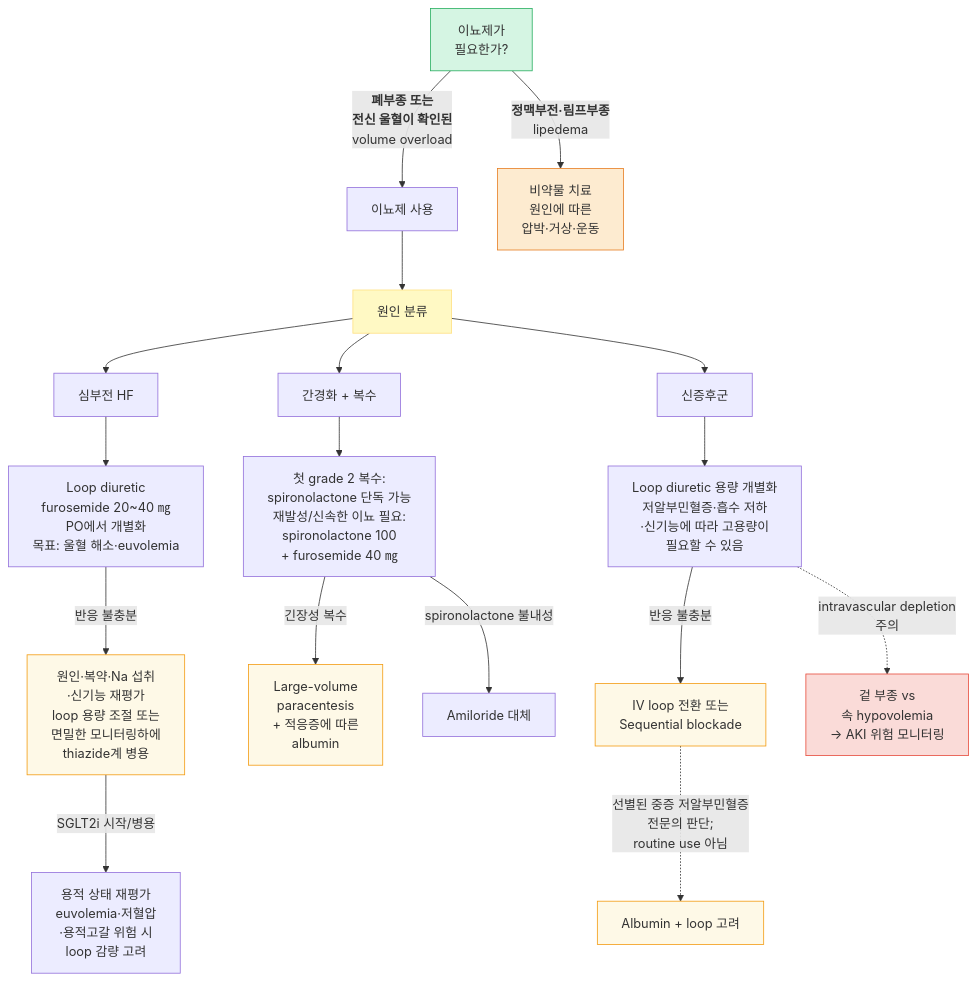
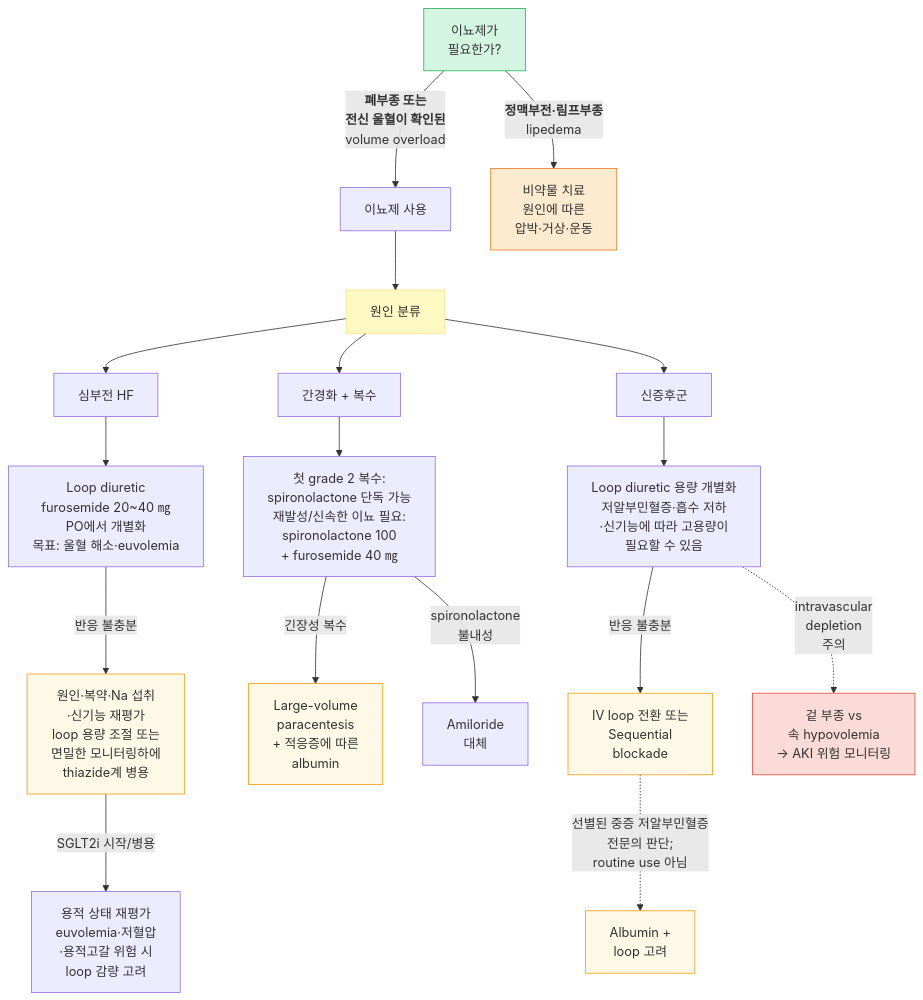
The fourth of 4 diagrams in 220_/012_-edema.md (familyoh77/familyoh77), drawn with Mermaid before and after one commit. The commit also changed other lines of this file, not shown here.

````diff
--- a/220_/012_-edema.md
+++ b/220_/012_-edema.md
@@ -325,28 +327,28 @@
 ```mermaid
 graph TD
     A["이뇨제가<br/>필요한가?"]
     A -- "<b>폐부종 또는 <br/>전신 울혈이 확인된</b><br/>volume overload" --> B["이뇨제 사용"]
     A -- "<b>정맥부전·림프부종</b><br/>lipedema" --> Z["비약물 치료<br/>원인에 따른 <br/>압박·거상·운동"]
     B --> C["원인 분류"]
     C --> HF["심부전 HF"]
     C --> CI["간경화 + 복수"]
     C --> NS["신증후군"]
     HF --> HF1["Loop diuretic<br/>furosemide 20~40 ㎎ <br/>PO에서 개별화<br/>목표: 울혈 해소·euvolemia"]
     HF1 -- "반응 불충분" --> HF2["원인·복약·Na 섭취<br/>·신기능 재평가<br/>loop 용량 조절 또는<br/>면밀한 모니터링하에 <br/>thiazide계 병용"]
     HF2 -- "SGLT2i 시작/병용" --> HF3["용적 상태 재평가<br/> euvolemia·저혈압<br/>·용적고갈 위험 시<br/>loop 감량 고려"]
     CI --> CI1["첫 grade 2 복수: <br/>spironolactone 단독 가능<br/>재발성/신속한 이뇨 필요:<br/>spironolactone 100 <br/>+ furosemide 40 ㎎"]
     CI1 -- "긴장성 복수" --> CI2["Large-volume <br/>paracentesis<br/>+ 적응증에 따른 <br/>albumin"]
-    CI1 -- "spironolactone 불내성" --> CI3["Amiloride 대체"]
+    CI1 -- "spironolactone <br/>불내성" --> CI3["Amiloride <br/>대체"]
     NS --> NS1["Loop diuretic 용량 개별화<br/>저알부민혈증·흡수 저하<br/>·신기능에 따라 고용량이<br/> 필요할 수 있음"]
-    NS1 -- "반응 불충분" --> NS2["IV loop 전환 또는<br/> Sequential blockade"]
-    NS2 -. "선별된 중증 저알부민혈증<br/>전문의 판단; <br/>routine use 아님" .-> NS3["Albumin + loop 고려"]
-    NS1 -. "intravascular depletion <br/>주의" .-> NS_w["겉 부종 vs<br/> 속 hypovolemia<br/>→ AKI 위험 모니터링"]
+    NS1 -- "반응 불충분" --> NS2["IV loop 전환 또는<br/> Sequential <br/>blockade"]
+    NS2 -. "선별된 중증 저알부민혈증<br/>전문의 판단; <br/>routine use 아님" .-> NS3["Albumin + <br/>loop 고려"]
+    NS1 -. "intravascular <br/>depletion <br/>주의" .-> NS_w["겉 부종 vs<br/> 속 hypovolemia<br/>→ AKI 위험 모니터링"]
     style A fill:#d5f5e3,stroke:#27ae60
     style Z fill:#fdebd0,stroke:#e67e22
     style HF2 fill:#fef9e7,stroke:#f39c12
     style CI2 fill:#fef9e7,stroke:#f39c12
     style NS2 fill:#fef9e7,stroke:#f39c12
     style NS3 fill:#fef9e7,stroke:#f39c12
     style NS_w fill:#fadbd8,stroke:#e74c3c
     style C fill:#fff9c4,stroke:#ffe082
 ```
````
